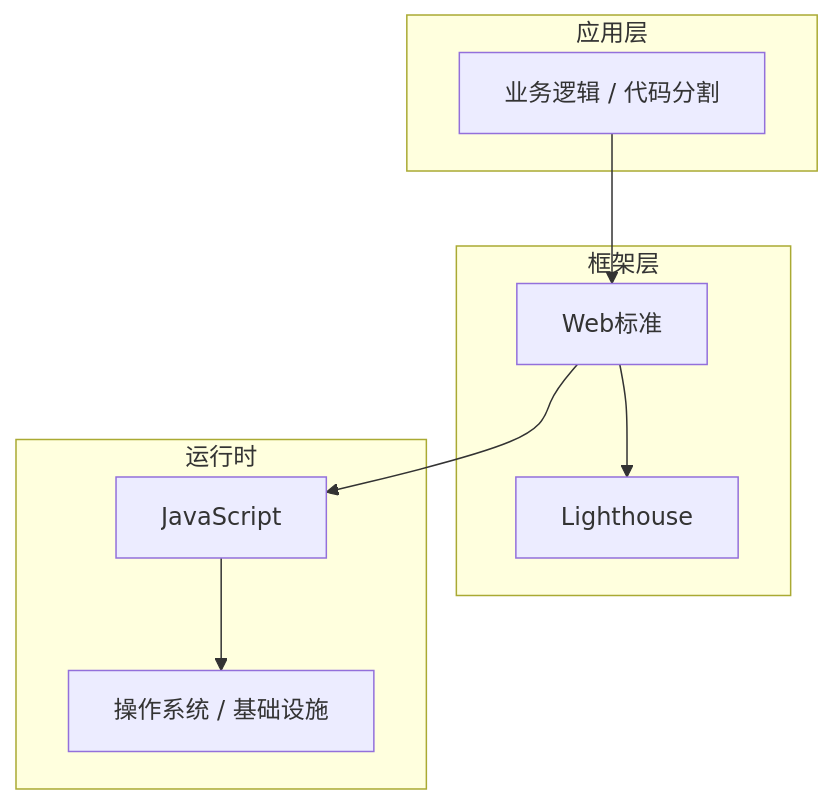
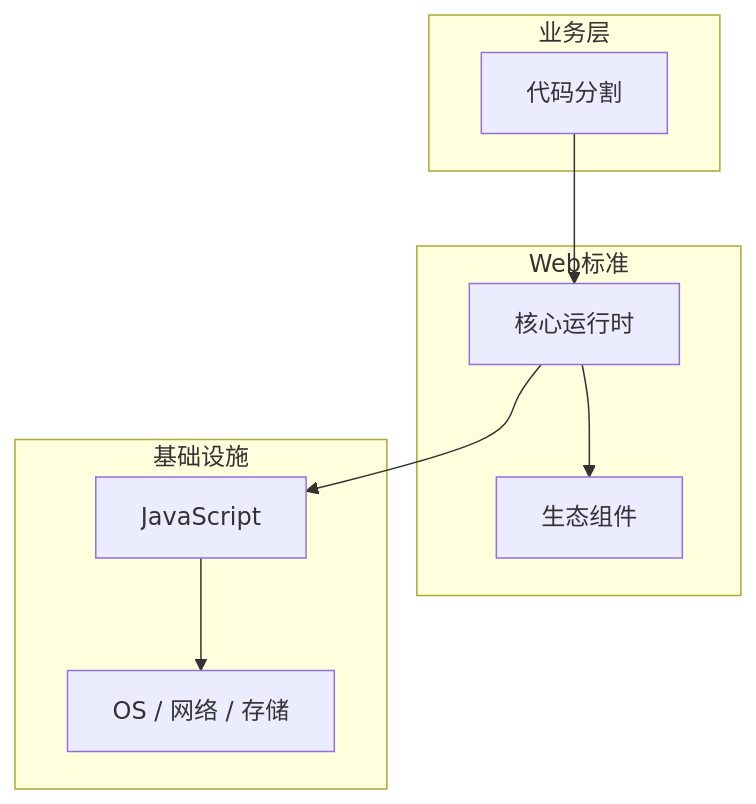
The diagram in articles/Web性能优化/chapters/037-代码分割核心概念与原理.md (yanggan2015/knowledge-json-v2), drawn with Mermaid before and after one commit. The commit also changed other lines of this file and 10127 other files, not shown here.

````diff
--- a/articles/Web性能优化/chapters/037-代码分割核心概念与原理.md
+++ b/articles/Web性能优化/chapters/037-代码分割核心概念与原理.md
@@ -45,18 +34,18 @@
 ```mermaid
 graph TB
-    subgraph 应用层
-        A[业务逻辑 / 代码分割]
+    subgraph 业务层
+        A[代码分割]
     end
-    subgraph 框架层
-        B[Web标准]
-        C[Lighthouse]
+    subgraph Web标准
+        B[核心运行时]
+        C[生态组件]
     end
-    subgraph 运行时
+    subgraph 基础设施
         D[JavaScript]
-        E[操作系统 / 基础设施]
+        E[OS / 网络 / 存储]
     end
     A --> B
     B --> C
     B --> D
     D --> E
 ```
````
